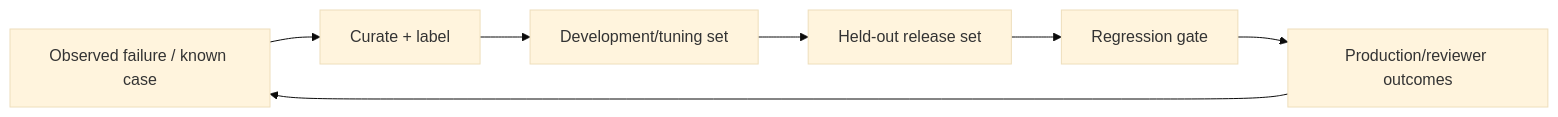
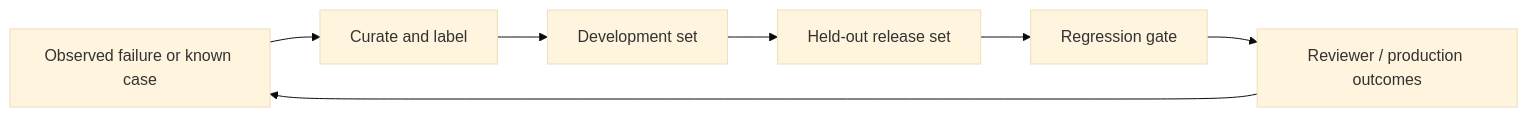
Before and after one commit to kumarchandansingh/tropos: the second of 2 diagrams in docs/quality/EVAL_STRATEGY.md, drawn with Mermaid (base theme). The commit also changed other lines of this file and 13 other files, not shown here.

````diff
--- a/docs/quality/EVAL_STRATEGY.md
+++ b/docs/quality/EVAL_STRATEGY.md
@@ -122,10 +85,10 @@
 ```mermaid
 flowchart LR
-    Fail[Observed failure / known case]
-    --> Curate[Curate + label]
-    --> Dev[Development/tuning set]
+    Failure[Observed failure or known case]
+    --> Curate[Curate and label]
+    --> Dev[Development set]
     --> Holdout[Held-out release set]
     --> Gate[Regression gate]
-    --> Observe[Production/reviewer outcomes]
-    --> Fail
+    --> Observe[Reviewer / production outcomes]
+    --> Failure
 ```
````
